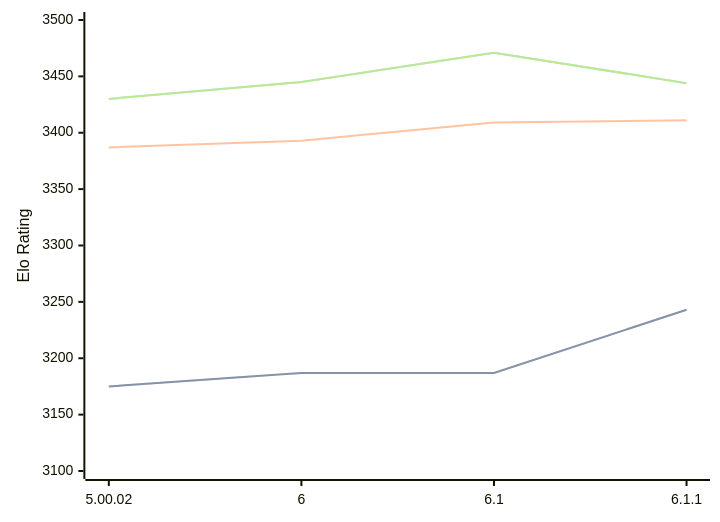
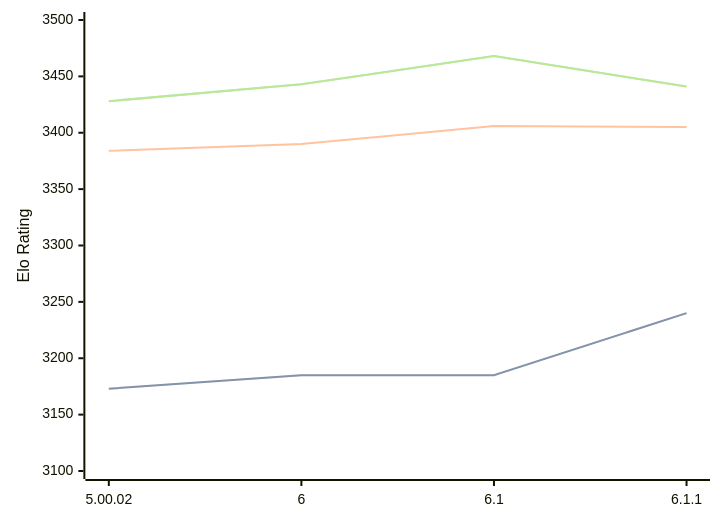
One commit to computer-chess-index/cci changed the diagram in engines/Zangdar.md. Above: the diagram before and after it, drawn with Mermaid. The commit also changed other lines of this file, not shown here.

Commit message:
Update CCI Ratings (ELO VLTC) - 2026-03-10

````diff
--- a/engines/Zangdar.md
+++ b/engines/Zangdar.md
@@ -44,11 +44,11 @@
 ```mermaid
 %%{init: {"theme":"base","themeVariables":{"seriesColors:['#a3a3a3','#222221','#faa371']}}}%%
 xychart-beta
   x-axis ["5.00.02", "6", "6.1", "6.1.1"]
   y-axis "Elo Rating" 3100 --> 3500
-  line "STC (8.0+0.08s)" [3175, 3187, 3187, 3243]
-  line "STC (8.0+0.08s)" [3175, 3187, 3187, 3243]
-  line "LTC (60.0+0.60s)" [3387, 3393, 3409, 3411]
-  line "VLTC (2m24s+1.12s)" [3430, 3445, 3471, 3444]
-  line "VLTC (2m24s+1.12s)" [3430, 3445, 3471, 3444]
+  line "STC (8.0+0.08s)" [3173, 3185, 3185, 3240]
+  line "STC (8.0+0.08s)" [3173, 3185, 3185, 3240]
+  line "LTC (60.0+0.60s)" [3384, 3390, 3406, 3405]
+  line "VLTC (2m24s+1.12s)" [3428, 3443, 3468, 3441]
+  line "VLTC (2m24s+1.12s)" [3428, 3443, 3468, 3441]
 ```
````
